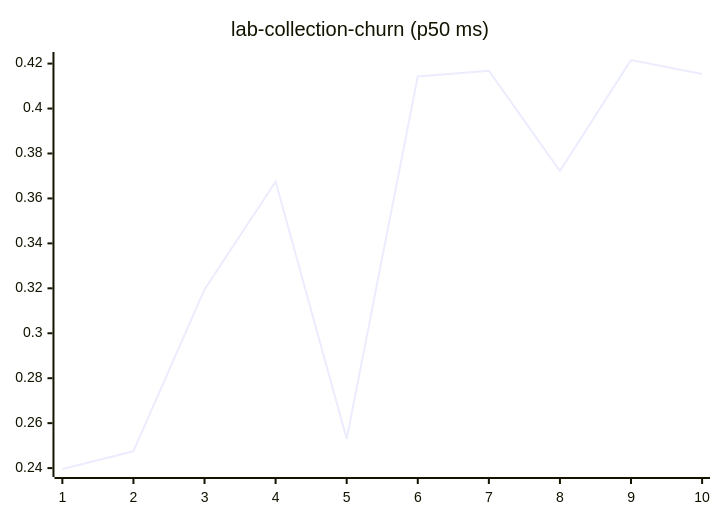
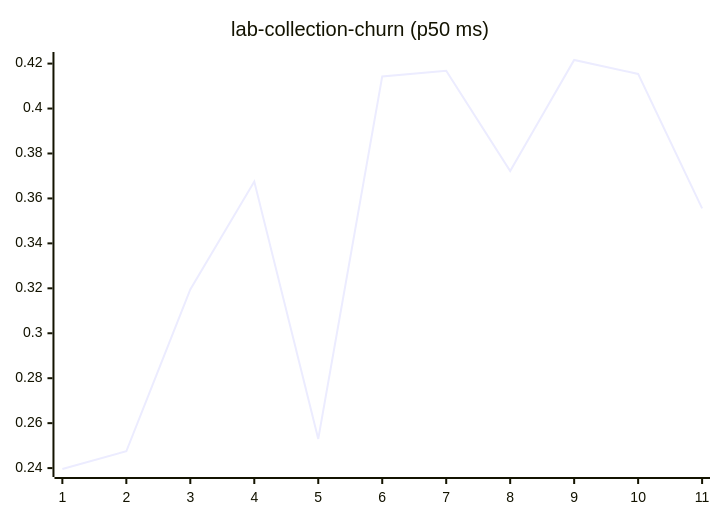
Diagram 11 of 27 in README.md (josha/Facet), drawn with Mermaid before and after one commit. The commit also changed other lines of this file and 2 other files, not shown here.

````diff
--- a/README.md
+++ b/README.md
@@ -133,6 +133,6 @@
 ```mermaid
 xychart-beta
     title "lab-collection-churn (p50 ms)"
-    x-axis 1 --> 10
-    line [0.2396, 0.2475, 0.3195, 0.3675, 0.2530, 0.4143, 0.4168, 0.3722, 0.4216, 0.4154]
+    x-axis 1 --> 11
+    line [0.2396, 0.2475, 0.3195, 0.3675, 0.2530, 0.4143, 0.4168, 0.3722, 0.4216, 0.4154, 0.3556]
 ```
````
